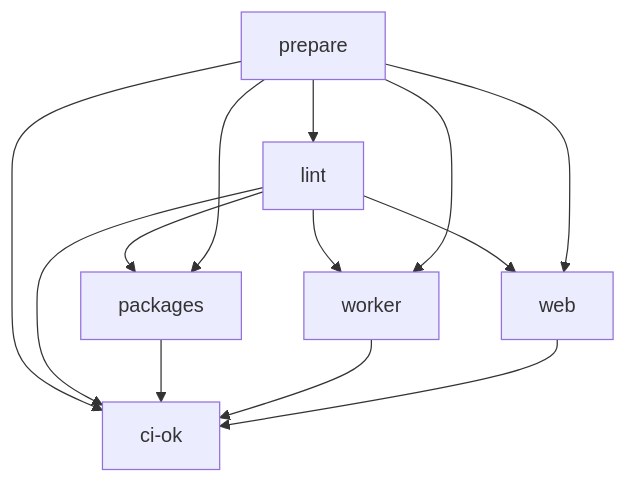
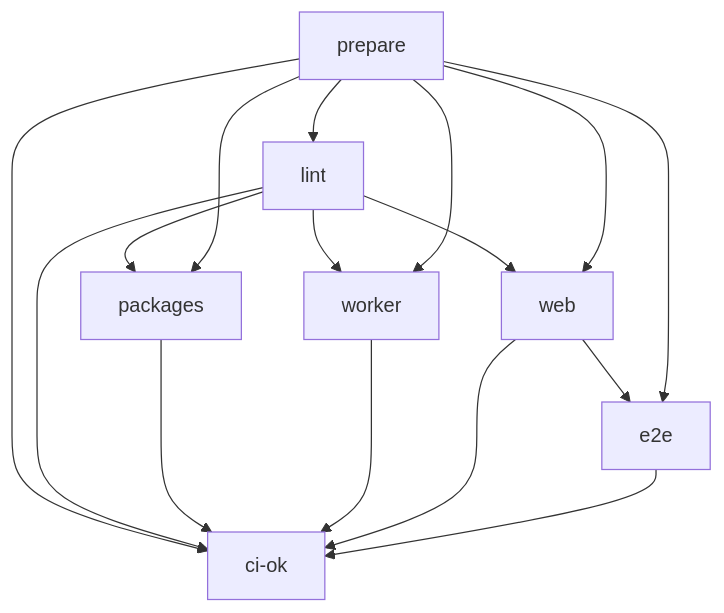
The diagram in .github/workflows/ci.md (soroush-tech/core), drawn with Mermaid before and after one commit. The commit also changed other lines of this file and 3 other files, not shown here.

````diff
--- a/.github/workflows/ci.md
+++ b/.github/workflows/ci.md
@@ -29,15 +29,18 @@
 ```mermaid
 flowchart TD
     prepare --> lint
     lint --> packages
     lint --> worker
     lint --> web
+    web --> e2e
     prepare --> packages
     prepare --> worker
     prepare --> web
+    prepare --> e2e
     prepare --> ciok["ci-ok"]
     lint --> ciok
     packages --> ciok
     worker --> ciok
     web --> ciok
+    e2e --> ciok
 ```
````
